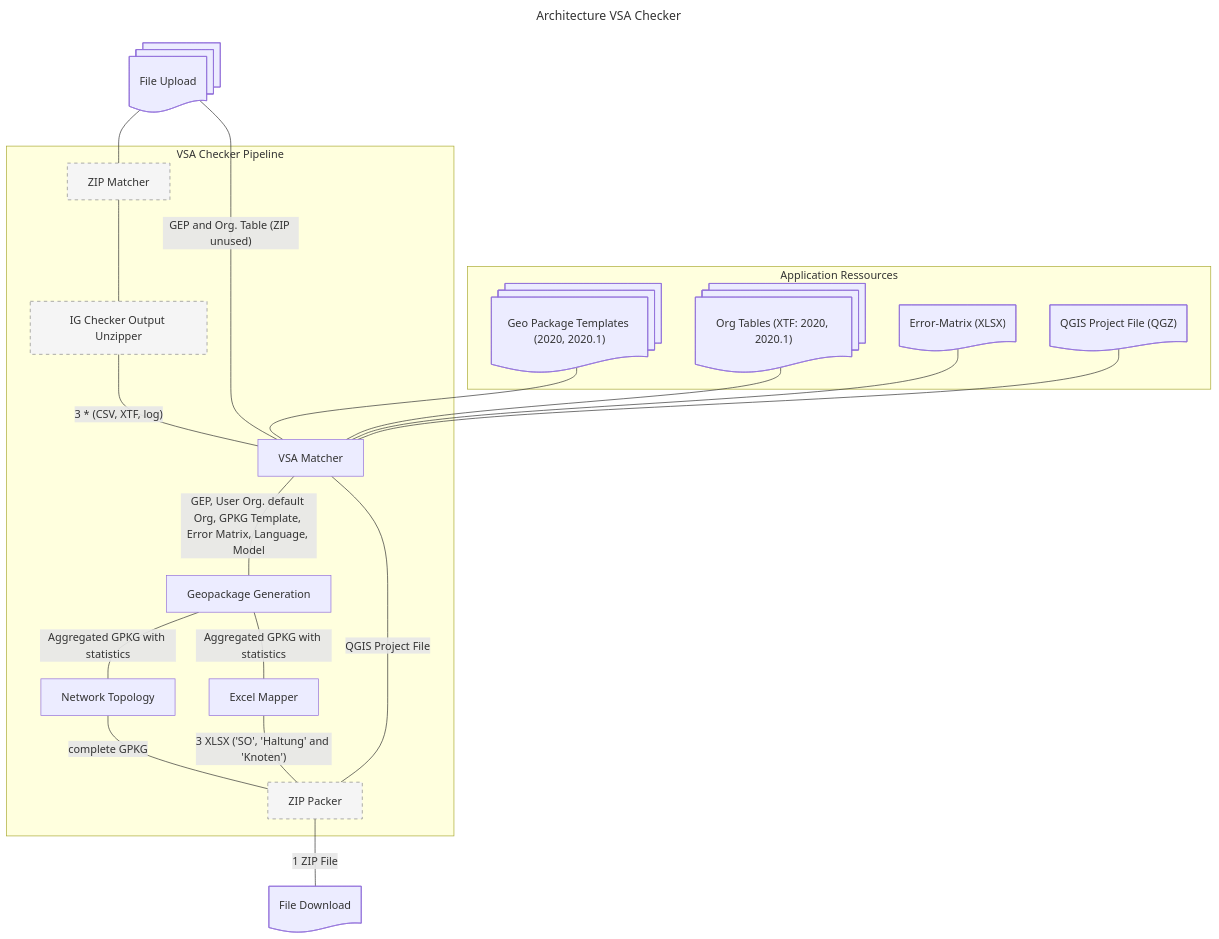
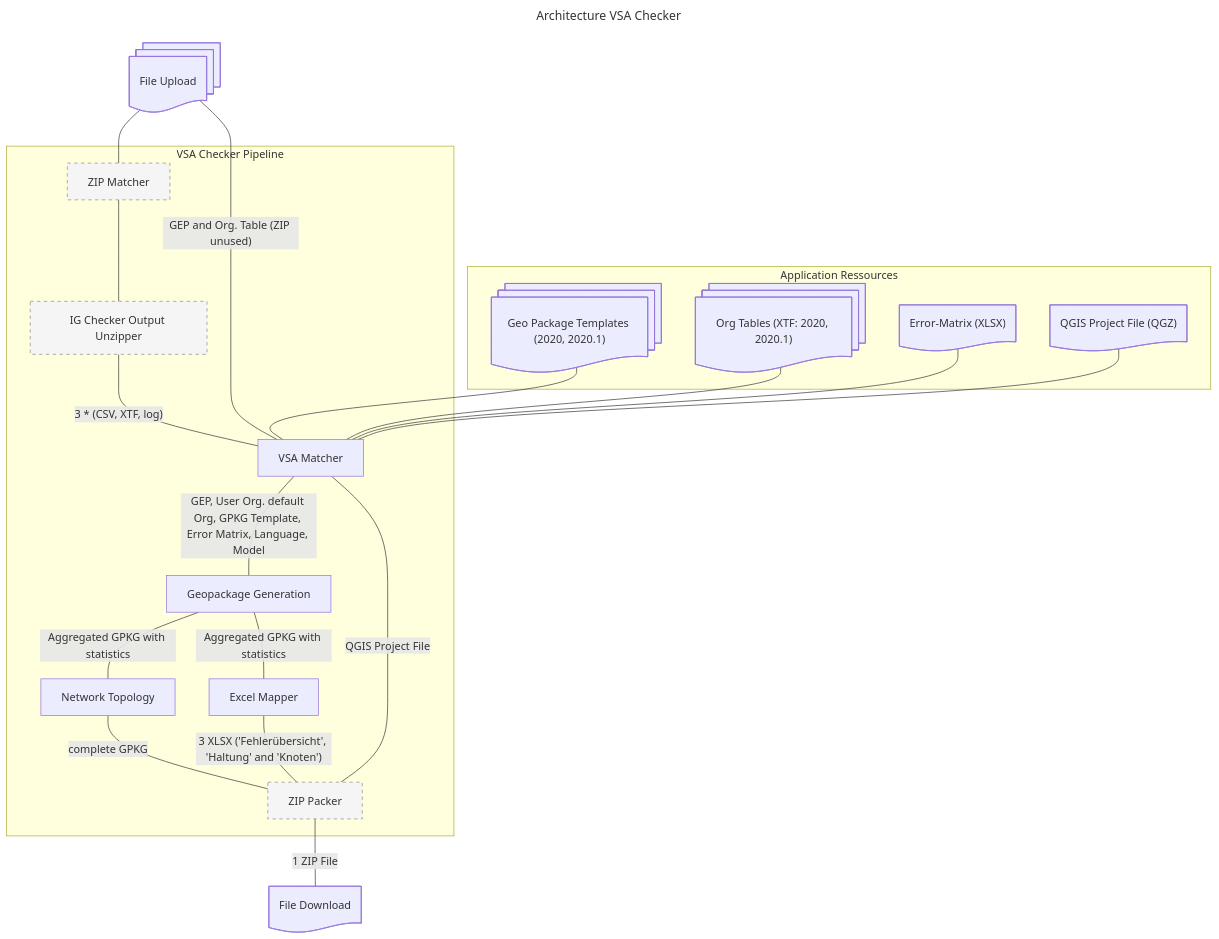
The diagram in docs/architektur.md (geowerkstatt/vsa-checker-analytics), drawn with Mermaid before and after one commit. The commit also changed other lines of this file, not shown here.

````diff
--- a/docs/architektur.md
+++ b/docs/architektur.md
@@ -9,42 +13,42 @@
 ```mermaid
 ---
 title: Architecture VSA Checker
 ---
 flowchart
 	subgraph appResources["Application Ressources"]
 		geoPackageTemplates@{ shape: "docs", label: "Geo Package Templates (2020, 2020.1)" }
 		orgTables@{ shape: "docs", label: "Org Tables (XTF: 2020, 2020.1)" }
 		errorMatrix@{ shape: "doc", label: "Error-Matrix (XLSX)" }
 		qgisProject@{ shape: "doc", label: "QGIS Project File (QGZ)" }
 	end
 	subgraph vsaCheckerPipeline["VSA Checker Pipeline"]
 		zipMatcher["ZIP Matcher"]
 		igCheckerOutputUnzipper["IG Checker Output Unzipper"]
 		vsaMatcher["VSA Matcher"]
 		aggregationProcess["Geopackage Generation"]
 		
 		networkTopology["Network Topology"]
 		excelMapper["Excel Mapper"]
 		zipPacker["ZIP Packer"]
 	end
 	fileUpload@{ shape: "docs", label: "File Upload" }
 	fileDownload@{ shape: "doc", label: "File Download" }
 	fileUpload --- zipMatcher
 	zipMatcher --- igCheckerOutputUnzipper
 	fileUpload ---|"GEP and Org. Table (ZIP unused)"| vsaMatcher
 	geoPackageTemplates --- vsaMatcher
 	orgTables --- vsaMatcher
 	igCheckerOutputUnzipper ---|"3 * (CSV, XTF, log)"| vsaMatcher
 	qgisProject --- vsaMatcher
 	errorMatrix --- vsaMatcher
 	vsaMatcher ---|"GEP, User Org. default Org, GPKG Template, Error Matrix, Language, Model"| aggregationProcess
 	aggregationProcess ---|"Aggregated GPKG with statistics"| networkTopology
 	aggregationProcess ---|"Aggregated GPKG with statistics"| excelMapper
 	vsaMatcher ---|"QGIS Project File"| zipPacker
 	networkTopology ---|"complete GPKG"| zipPacker
-	excelMapper ---|"3 XLSX ('SO', 'Haltung' and 'Knoten')"| zipPacker
+	excelMapper ---|"3 XLSX ('Fehlerübersicht', 'Haltung' and 'Knoten')"| zipPacker
 	zipPacker --- |"1 ZIP File"| fileDownload
 
 	classDef geopilotBuiltIn fill:#f5f5f5,stroke:#888,stroke-dasharray:5 5
 	class zipMatcher,igCheckerOutputUnzipper,zipPacker geopilotBuiltIn
 ```
````
